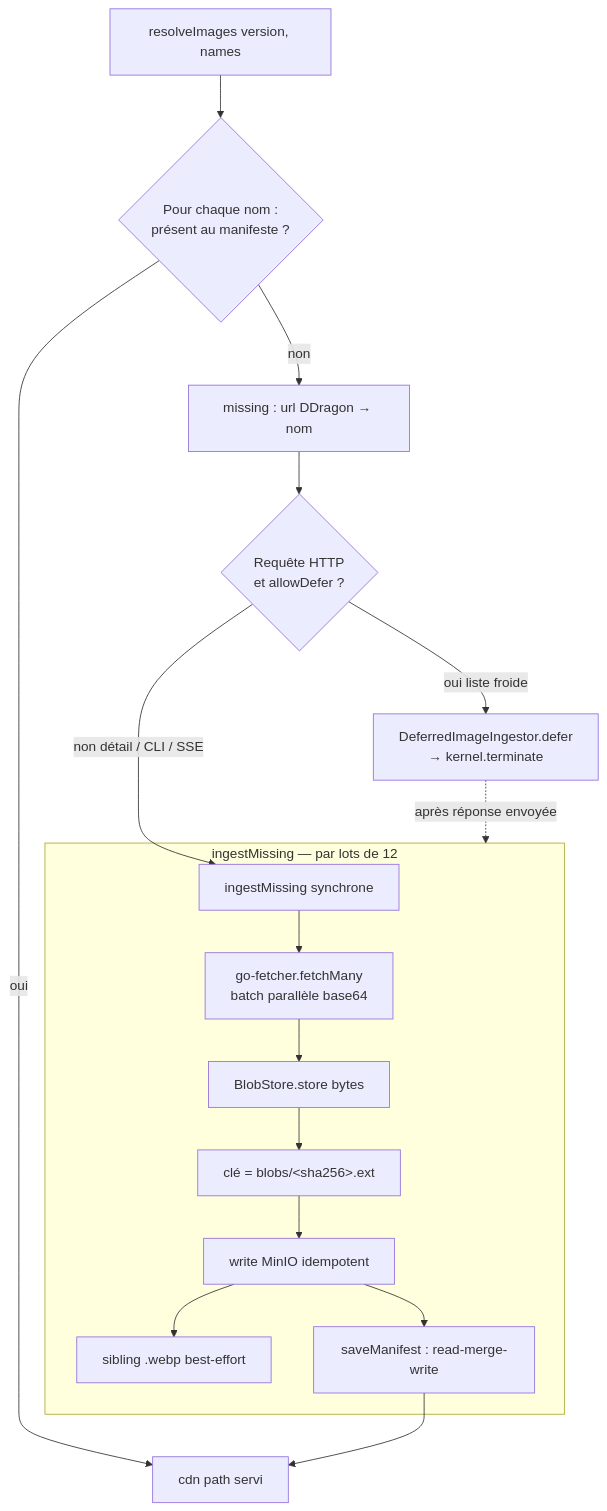
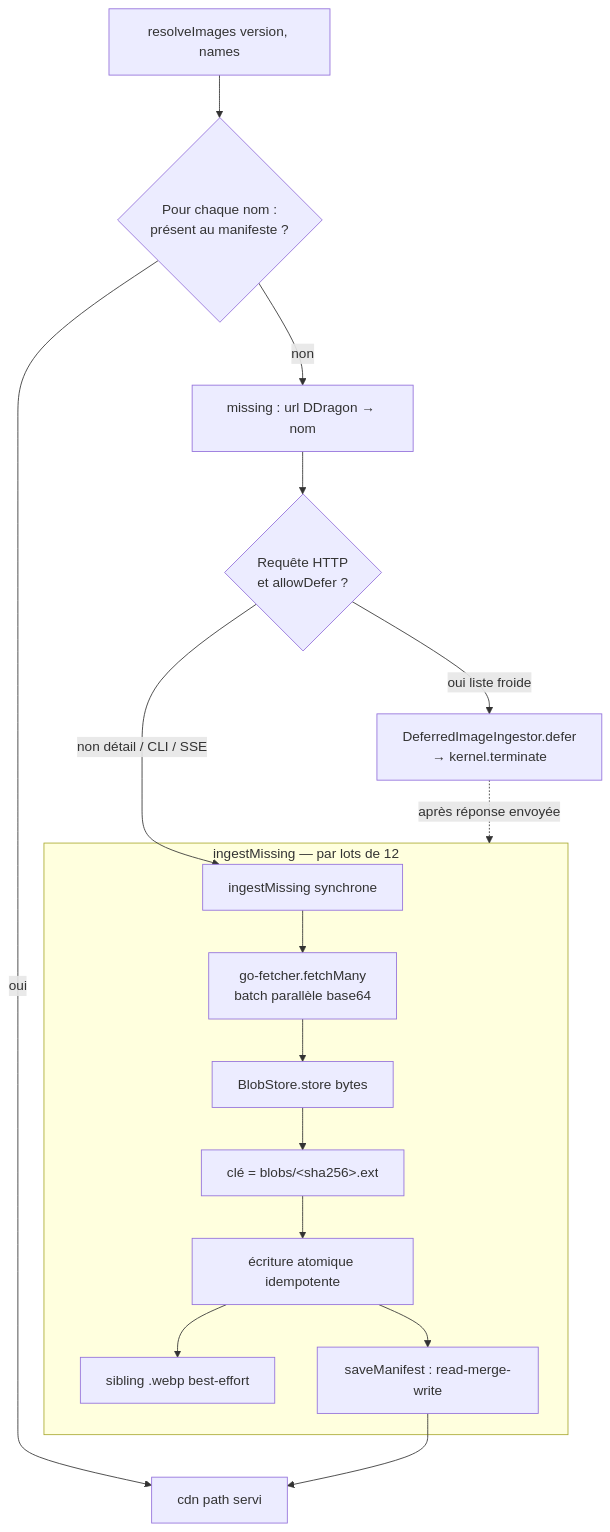
One commit to LINDECKER-Charles/LeagueOfDataBaseFinal changed the fourth of 7 diagrams in README.md. Above: the diagram before and after it, drawn with Mermaid. The commit also changed other lines of this file and 109 other files, not shown here.

````diff
--- a/README.md
+++ b/README.md
@@ -333,22 +333,22 @@
 ```mermaid
 flowchart TD
     A[resolveImages version, names] --> B{Pour chaque nom :<br/>présent au manifeste ?}
     B -->|oui| R[cdn path servi]
     B -->|non| M[missing : url DDragon → nom]
 
     M --> D{Requête HTTP<br/>et allowDefer ?}
     D -->|oui liste froide| DEF[DeferredImageIngestor.defer<br/>→ kernel.terminate]
     D -->|non détail / CLI / SSE| ING[ingestMissing synchrone]
 
     subgraph ingestMissing[ingestMissing — par lots de 12]
         ING --> F[go-fetcher.fetchMany<br/>batch parallèle base64]
         F --> S[BlobStore.store bytes]
         S --> SHA["clé = blobs/&lt;sha256&gt;.ext"]
-        SHA --> W[write MinIO idempotent]
+        SHA --> W[écriture atomique idempotente]
         W --> WEBP[sibling .webp best-effort]
         W --> MAN[saveManifest : read-merge-write]
     end
 
     DEF -. après réponse envoyée .-> ingestMissing
     MAN --> R
 ```
````
